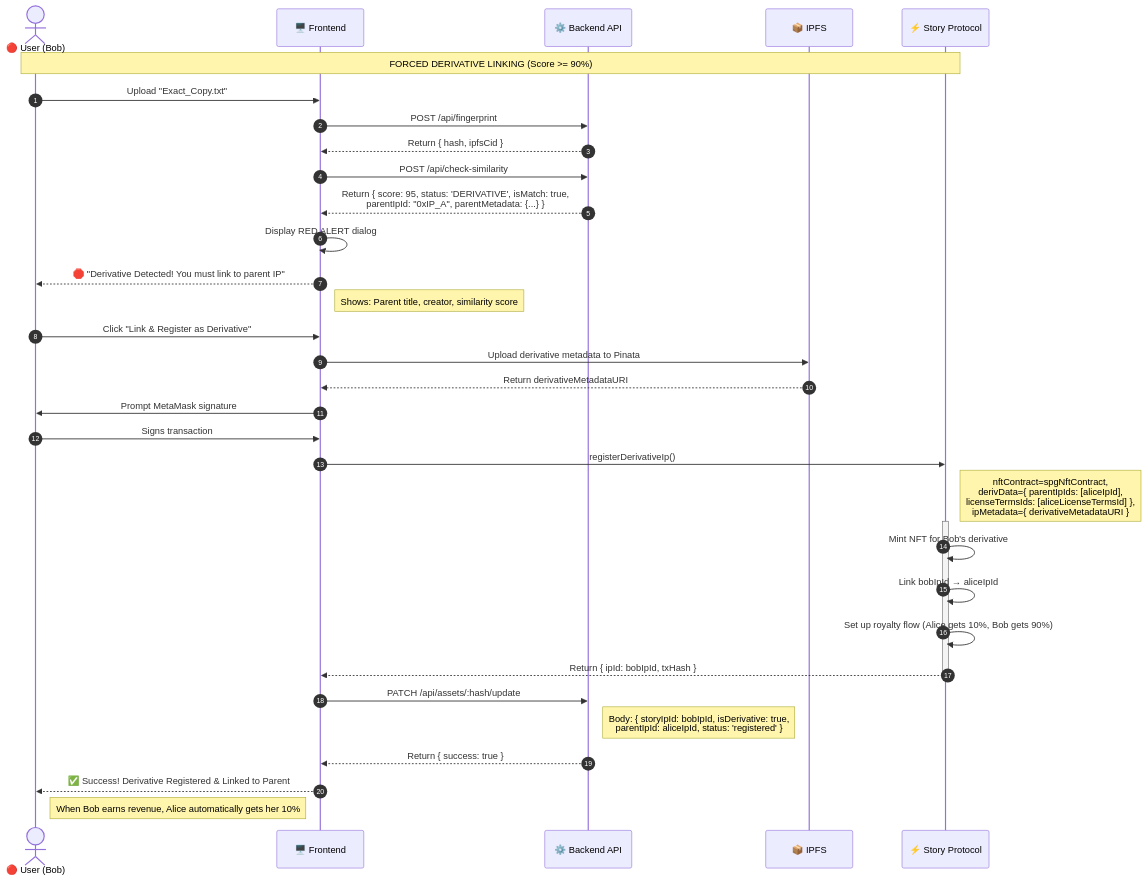
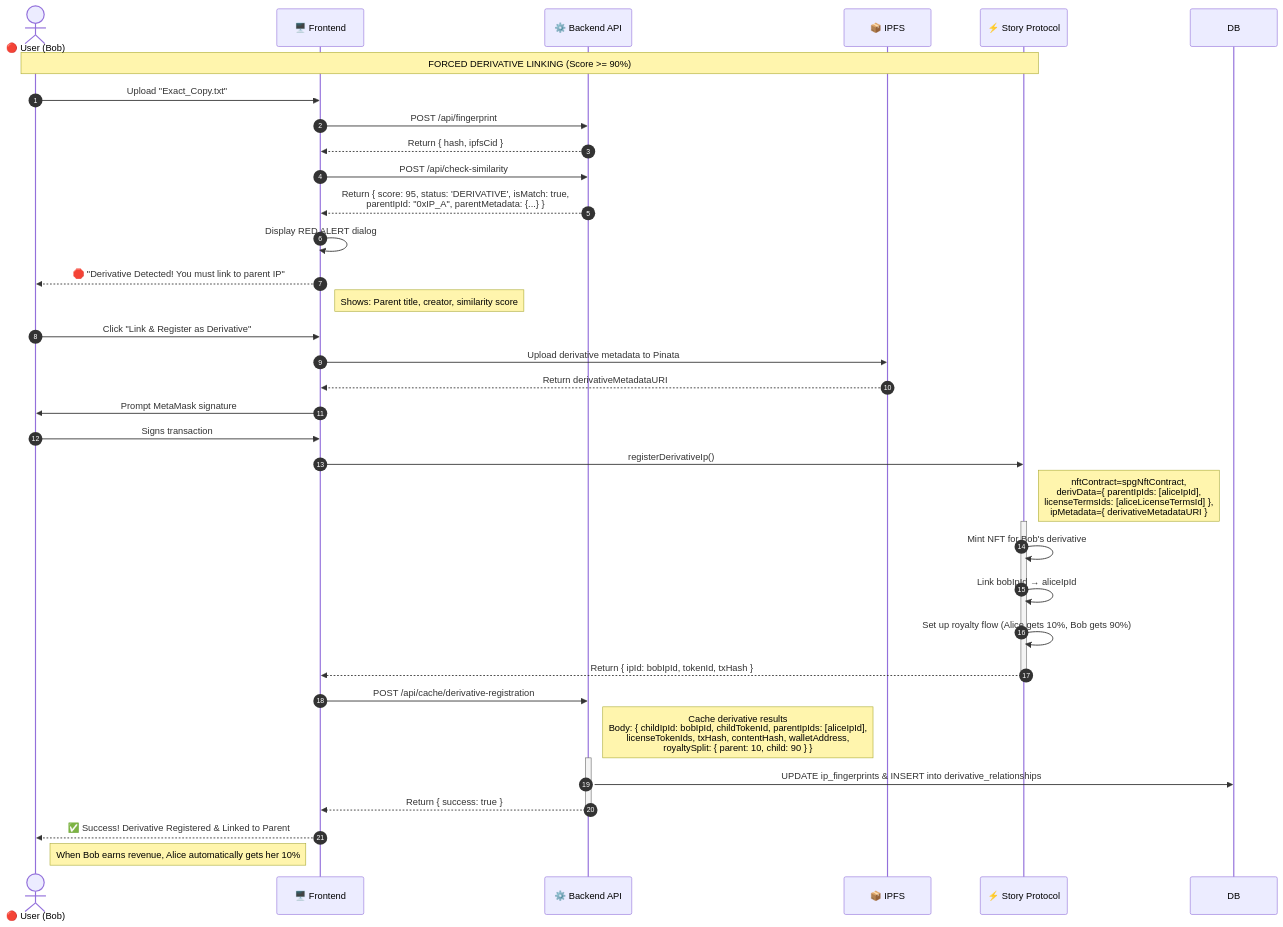
Before and after one commit to 18Abhinav07/Orion: the fourth of 11 diagrams in FLOW.md, drawn with Mermaid. The commit also changed other lines of this file, not shown here.

````diff
--- a/FLOW.md
+++ b/FLOW.md
@@ -659,48 +957,51 @@
 ```mermaid
 sequenceDiagram
     autonumber
     actor Bob as 🔴 User (Bob)
     participant FE as 🖥️ Frontend
     participant API as ⚙️ Backend API
     participant IPFS as 📦 IPFS
     participant SP as ⚡ Story Protocol
 
     Note over Bob, SP: FORCED DERIVATIVE LINKING (Score >= 90%)
 
     Bob->>FE: Upload "Exact_Copy.txt"
     FE->>API: POST /api/fingerprint
     API-->>FE: Return { hash, ipfsCid }
 
     FE->>API: POST /api/check-similarity
     API-->>FE: Return { score: 95, status: 'DERIVATIVE', isMatch: true,<br/>parentIpId: "0xIP_A", parentMetadata: {...} }
 
     FE->>FE: Display RED ALERT dialog
     FE-->>Bob: 🛑 "Derivative Detected! You must link to parent IP"
     Note right of FE: Shows: Parent title, creator, similarity score
 
     Bob->>FE: Click "Link & Register as Derivative"
 
     FE->>IPFS: Upload derivative metadata to Pinata
     IPFS-->>FE: Return derivativeMetadataURI
 
     FE->>Bob: Prompt MetaMask signature
     Bob->>FE: Signs transaction
 
     FE->>SP: registerDerivativeIp()
     Note right of SP: nftContract=spgNftContract,<br/>derivData={ parentIpIds: [aliceIpId],<br/>licenseTermsIds: [aliceLicenseTermsId] },<br/>ipMetadata={ derivativeMetadataURI }
 
     activate SP
     SP->>SP: Mint NFT for Bob's derivative
     SP->>SP: Link bobIpId → aliceIpId
     SP->>SP: Set up royalty flow (Alice gets 10%, Bob gets 90%)
-    SP-->>FE: Return { ipId: bobIpId, txHash }
+    SP-->>FE: Return { ipId: bobIpId, tokenId, txHash }
     deactivate SP
 
-    FE->>API: PATCH /api/assets/:hash/update
-    Note right of API: Body: { storyIpId: bobIpId, isDerivative: true,<br/>parentIpId: aliceIpId, status: 'registered' }
+    FE->>API: POST /api/cache/derivative-registration
+    Note right of API: Cache derivative results<br/>Body: { childIpId: bobIpId, childTokenId, parentIpIds: [aliceIpId],<br/>licenseTokenIds, txHash, contentHash, walletAddress,<br/>royaltySplit: { parent: 10, child: 90 } }
 
+    activate API
+    API->>DB: UPDATE ip_fingerprints & INSERT into derivative_relationships
     API-->>FE: Return { success: true }
+    deactivate API
 
     FE-->>Bob: ✅ Success! Derivative Registered & Linked to Parent
     Note right of Bob: When Bob earns revenue, Alice automatically gets her 10%
 ```
````
